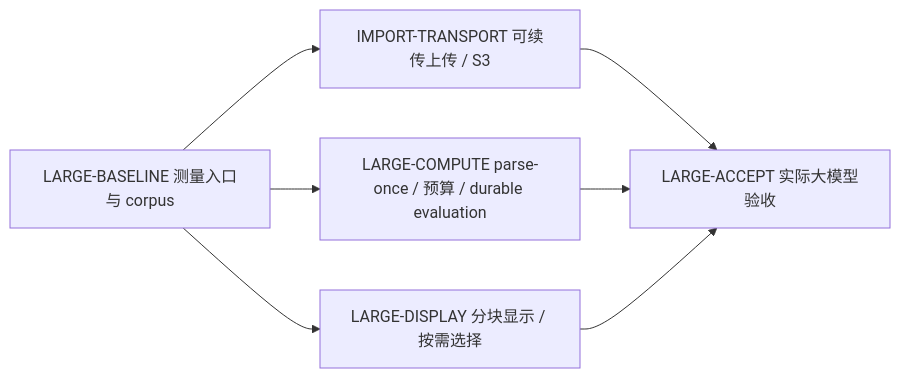
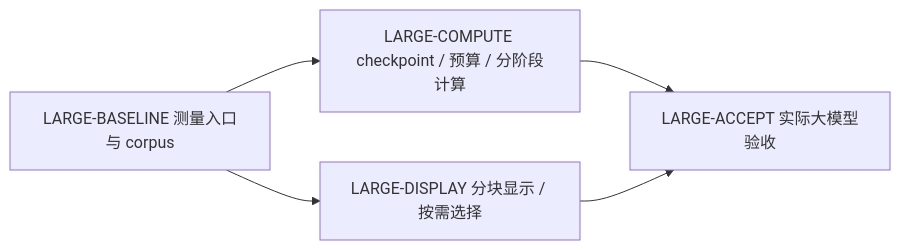
One commit to cossoledad/occccad changed the diagram in plans/import-large-models.md. Above: the diagram before and after it, drawn with Mermaid. The commit also changed other lines of this file and 10 other files, not shown here.

Commit message:
Roadmap Status Calibration and TREE-03 Verification Record

````diff
--- a/plans/import-large-models.md
+++ b/plans/import-large-models.md
@@ -7,9 +7,7 @@
 ```mermaid
 flowchart LR
-    Baseline["LARGE-BASELINE 测量入口与 corpus"] --> Transport["IMPORT-TRANSPORT 可续传上传 / S3"]
-    Baseline --> Runtime["LARGE-COMPUTE parse-once / 预算 / durable evaluation"]
+    Baseline["LARGE-BASELINE 测量入口与 corpus"] --> Runtime["LARGE-COMPUTE checkpoint / 预算 / 分阶段计算"]
     Baseline --> Display["LARGE-DISPLAY 分块显示 / 按需选择"]
-    Transport --> Acceptance["LARGE-ACCEPT 实际大模型验收"]
-    Runtime --> Acceptance
+    Runtime --> Acceptance["LARGE-ACCEPT 实际大模型验收"]
     Display --> Acceptance
 ```
````
